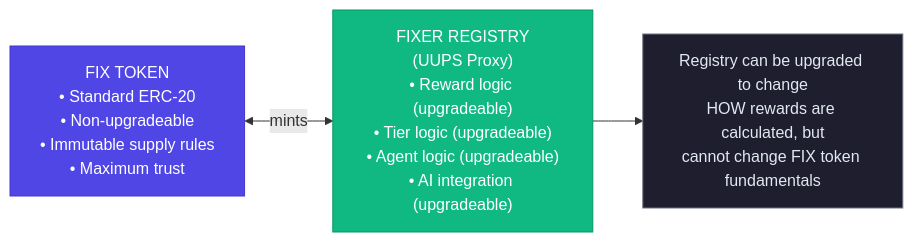
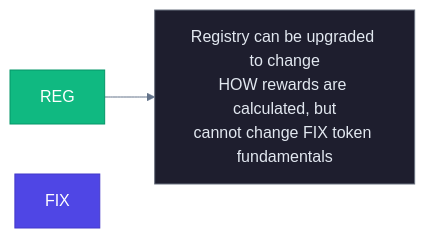
Before and after one commit to guglxni/the-fixer-hook: the second of 11 diagrams in docs/MARKET_SENTIMENT_ANALYSIS.md, drawn with Mermaid. The commit also changed other lines of this file and 514 other files, not shown here.

Commit message:
Clean docs: remove emojis, add professional mermaid styling

````diff
--- a/docs/MARKET_SENTIMENT_ANALYSIS.md
+++ b/docs/MARKET_SENTIMENT_ANALYSIS.md
@@ -106,12 +102,9 @@
 ```mermaid
+%%{init: {'theme': 'neutral', 'themeVariables': { 'primaryColor': '#2563eb', 'primaryTextColor': '#1e293b', 'primaryBorderColor': '#3b82f6', 'lineColor': '#64748b', 'secondaryColor': '#f1f5f9', 'tertiaryColor': '#e2e8f0'}}}%%
 flowchart LR
-    FIX["FIX TOKEN\n• Standard ERC-20\n• Non-upgradeable\n• Immutable supply rules\n• Maximum trust"] <-->|mints| REG["FIXER REGISTRY\n(UUPS Proxy)\n• Reward logic (upgradeable)\n• Tier logic (upgradeable)\n• Agent logic (upgradeable)\n• AI integration (upgradeable)"]
-
     NOTE["Registry can be upgraded to change\nHOW rewards are calculated, but\ncannot change FIX token fundamentals"]
-
     REG --> NOTE
-
     style FIX fill:#4F46E5,color:#FFFFFF,stroke:#4338CA
     style REG fill:#10B981,color:#FFFFFF,stroke:#059669
     style NOTE fill:#1E1E2E,color:#E2E8F0,stroke:#6B7280
 ```
````
